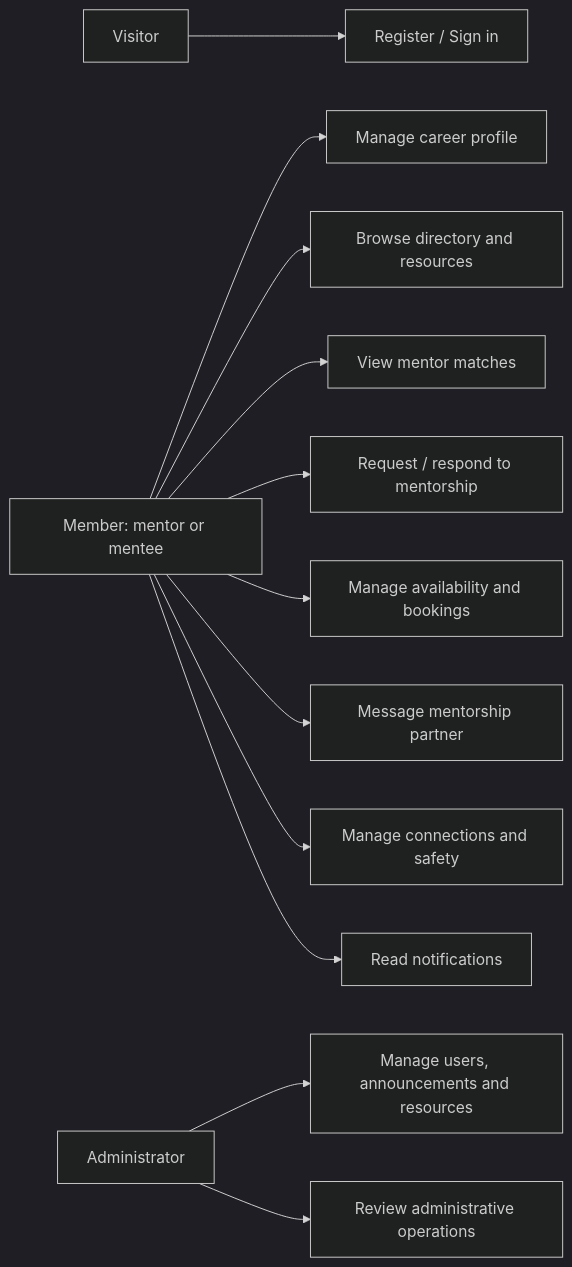
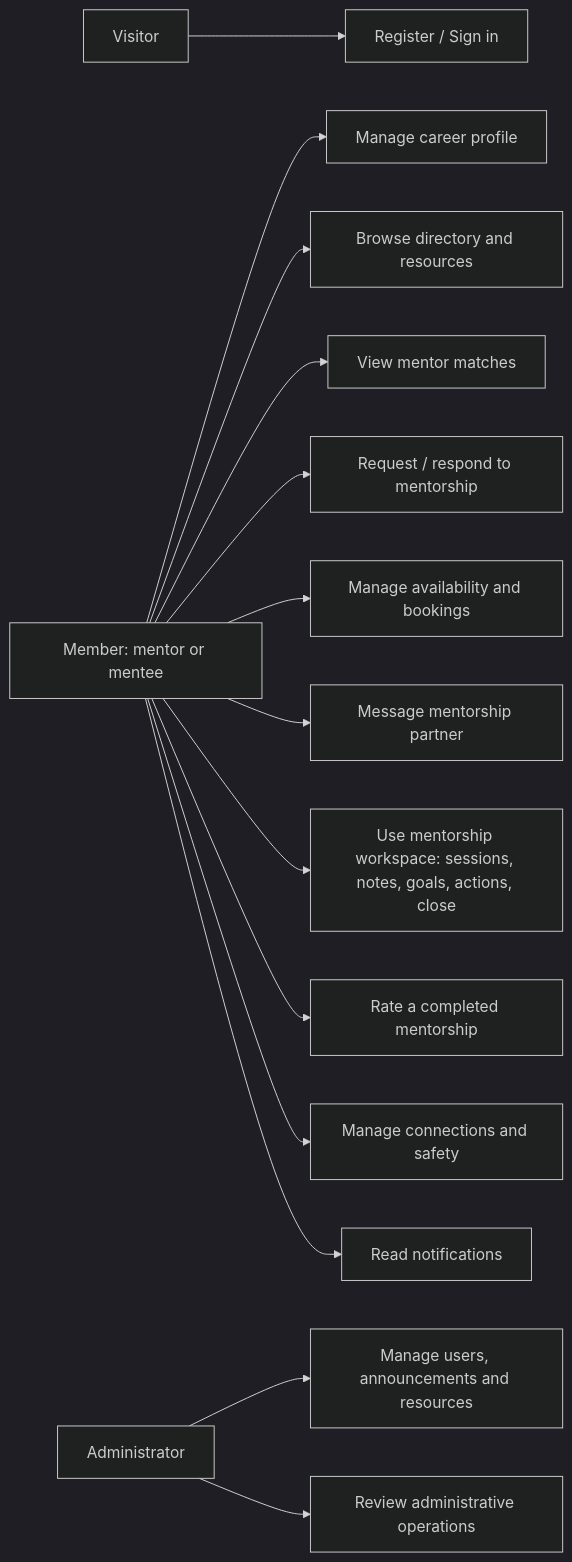
The first of 4 diagrams in docs/chapters-4-6-draft.md (Senetwo/AlumniConnect), drawn with Mermaid (dark theme) before and after one commit. The commit also changed other lines of this file and 65 other files, not shown here.

Commit message:
Add mentorship workspace and knowledge library

````diff
--- a/docs/chapters-4-6-draft.md
+++ b/docs/chapters-4-6-draft.md
@@ -57,14 +65,16 @@
 ```mermaid
 flowchart LR
   Visitor[Visitor] --> Register[Register / Sign in]
   Member[Member: mentor or mentee] --> Profile[Manage career profile]
   Member --> Discover[Browse directory and resources]
   Member --> Match[View mentor matches]
   Member --> Mentorship[Request / respond to mentorship]
   Member --> Book[Manage availability and bookings]
   Member --> Message[Message mentorship partner]
+  Member --> Workspace[Use mentorship workspace: sessions, notes, goals, actions, close]
+  Member --> Feedback[Rate a completed mentorship]
   Member --> Network[Manage connections and safety]
   Member --> Notice[Read notifications]
   Admin[Administrator] --> AdminOps[Manage users, announcements and resources]
   Admin --> Audit[Review administrative operations]
 ```
````
